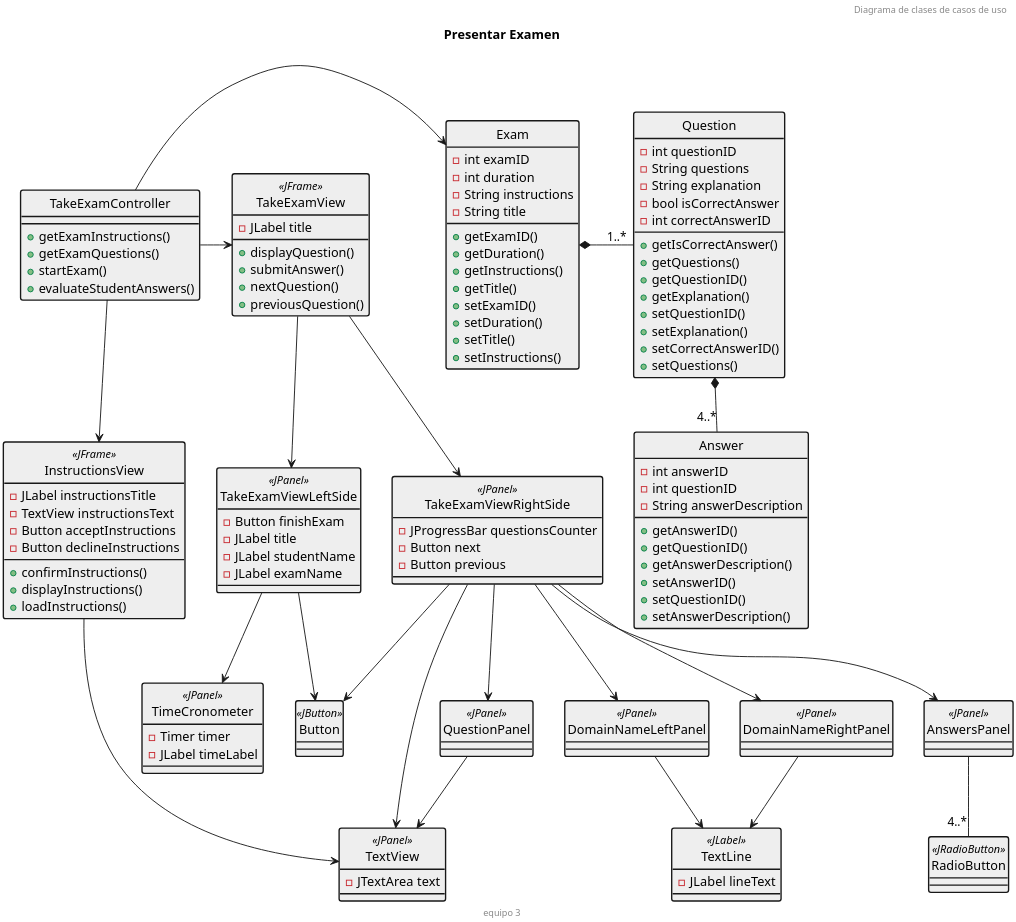
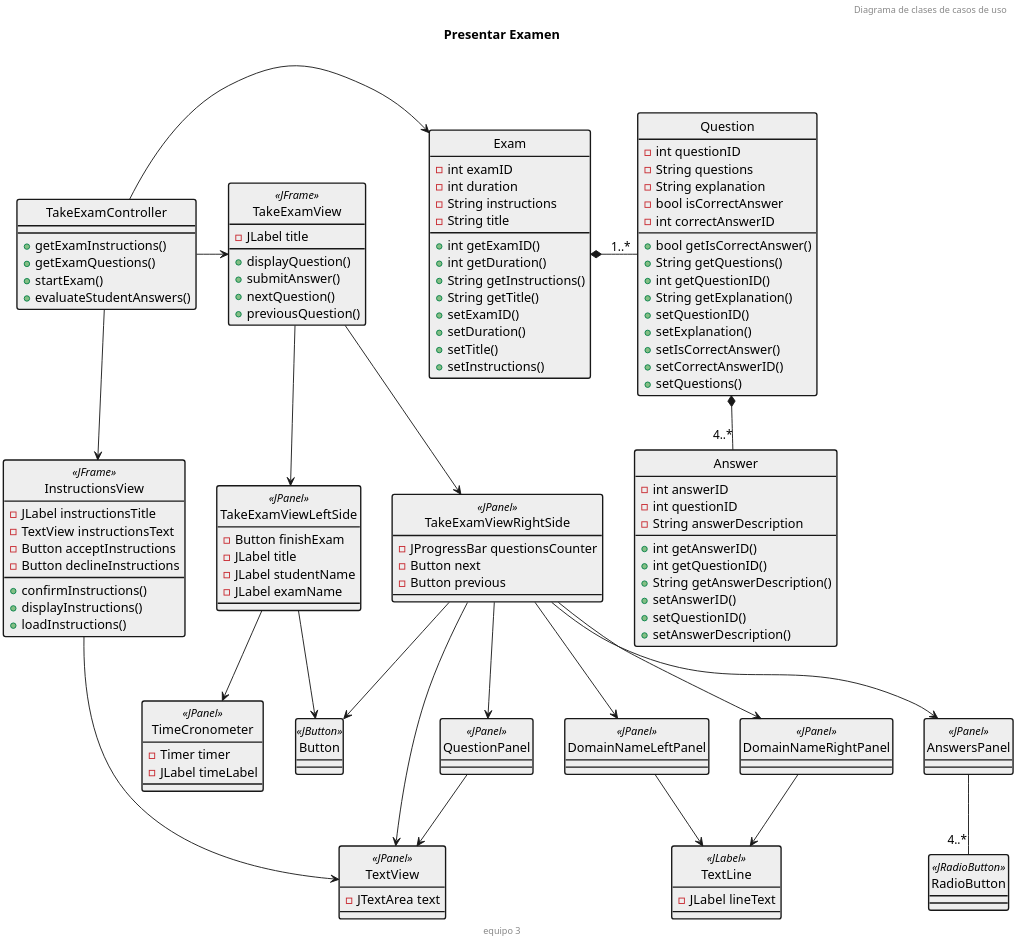
The diagram in diagramaClasesDeDiseño.plantuml (febres35/EdTech_IS), drawn with PlantUML before and after one commit.

Commit message:
Cambios modelo de clases de diseño

```diff
--- a/diagramaClasesDeDiseño.plantuml
+++ b/diagramaClasesDeDiseño.plantuml
@@ -1,148 +1,149 @@
 @startuml "Diagrama de clases"
 header Diagrama de clases de casos de uso
 title  Presentar Examen 
 footer equipo 3
 
 skinparam style strictuml
 skinparam ClassBackGroundColor EEEEEE
 skinparam ClassBorderThickness 1.5
 skinparam dpi 300
 
 class InstructionsView <<JFrame>>{
     -JLabel instructionsTitle
     -TextView instructionsText
     -Button acceptInstructions
     -Button declineInstructions
     +confirmInstructions()
     +displayInstructions()
     +loadInstructions()
 }
 
 class Button <<JButton>>{
 }
 
 class RadioButton <<JRadioButton>>{    
 }
 
 class TextView <<JPanel>>{
     -JTextArea text
 }
 
 class TextLine <<JLabel>>{
     -JLabel lineText
 }
 
 class TakeExamController{    
     +getExamInstructions()
     +getExamQuestions()
     +startExam()
     +evaluateStudentAnswers()
 }
 
 class TakeExamView <<JFrame>>{ 
     -JLabel title   
     +displayQuestion()
     +submitAnswer()
     +nextQuestion()
     +previousQuestion()
 }
 
 class TakeExamViewLeftSide <<JPanel>>{
     -Button finishExam
     -JLabel title
     -JLabel studentName
     -JLabel examName
 
 }
 
 class TimeCronometer <<JPanel>>{
     -Timer timer
     -JLabel timeLabel
 }
 
 class TakeExamViewRightSide <<JPanel>>{
     -JProgressBar questionsCounter
     -Button next
     -Button previous
 }
 
 class DomainNameLeftPanel<<JPanel>>{
 }
 
 class DomainNameRightPanel<<JPanel>>{
 }
 
 class QuestionPanel <<JPanel>>{
     
 }
 
 class AnswersPanel <<JPanel>>{
 
 }
 
 class Exam{
     -int examID
     -int duration
     -String instructions
     -String title
-    +getExamID()
-    +getDuration()
-    +getInstructions()
-    +getTitle()
+    +int getExamID()
+    +int getDuration()
+    +String getInstructions()
+    +String getTitle()
     +setExamID()
     +setDuration()
     +setTitle()
     +setInstructions()
 }
 
 class Question{
     -int questionID
     -String questions
     -String explanation
     -bool isCorrectAnswer
     -int correctAnswerID
-    +getIsCorrectAnswer()
-    +getQuestions()
-    +getQuestionID()
-    +getExplanation()
+    +bool getIsCorrectAnswer()
+    +String getQuestions()
+    +int getQuestionID()
+    +String getExplanation()
     +setQuestionID()
     +setExplanation()
+    +setIsCorrectAnswer()
     +setCorrectAnswerID()
     +setQuestions()
 }
 
 class Answer{
     -int answerID
     -int questionID
     -String answerDescription
-    +getAnswerID()
-    +getQuestionID()
-    +getAnswerDescription()
+    +int getAnswerID()
+    +int getQuestionID()
+    +String getAnswerDescription()
     +setAnswerID()
     +setQuestionID()
     +setAnswerDescription() 
 }
 
 TakeExamController->Exam
 TakeExamController-down->InstructionsView
 InstructionsView-->TextView
 TakeExamController->TakeExamView
 TakeExamView-->TakeExamViewLeftSide
 TakeExamView-->TakeExamViewRightSide
 TakeExamViewRightSide-->TextView
 TakeExamViewRightSide-->QuestionPanel
 TakeExamViewRightSide-->AnswersPanel
 TakeExamViewRightSide-->DomainNameLeftPanel
 TakeExamViewRightSide-->DomainNameRightPanel
 TakeExamViewRightSide-->Button
 TakeExamViewLeftSide-->Button
 TakeExamViewLeftSide-->TimeCronometer
 DomainNameLeftPanel-->TextLine
 DomainNameRightPanel-->TextLine
 QuestionPanel-->TextView
 AnswersPanel--"4..*"RadioButton
 Exam *- "1..*" Question
 Question *-down- "4..*" Answer
 
 
 @enduml
```
